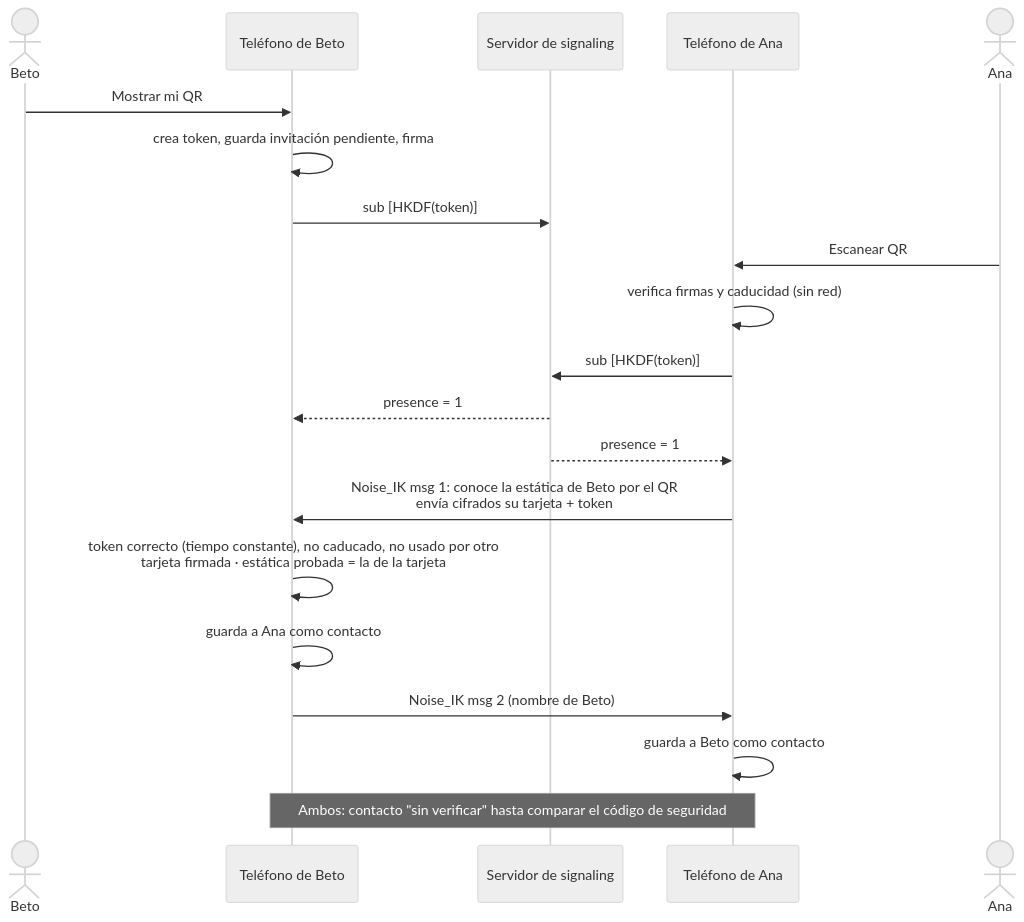
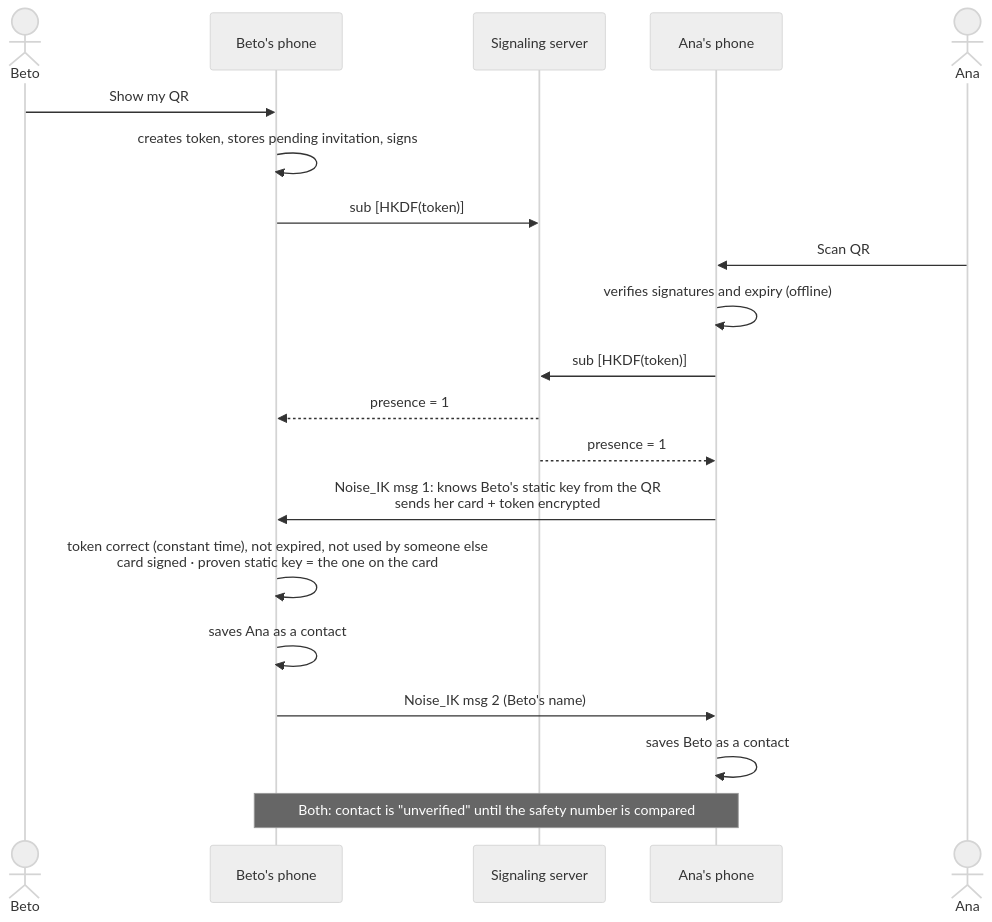
Before and after one commit to fsoftt/Murmur: the diagram in website/guide/pairing.md, drawn with Mermaid (neutral theme). The commit also changed other lines of this file and 51 other files, not shown here.

````diff
--- a/website/guide/pairing.md
+++ b/website/guide/pairing.md
@@ -21,22 +21,22 @@
 ```mermaid
 sequenceDiagram
     actor Beto
-    participant TB as Teléfono de Beto
-    participant S as Servidor de signaling
-    participant TA as Teléfono de Ana
+    participant TB as Beto's phone
+    participant S as Signaling server
+    participant TA as Ana's phone
     actor Ana
-    Beto->>TB: Mostrar mi QR
-    TB->>TB: crea token, guarda invitación pendiente, firma
+    Beto->>TB: Show my QR
+    TB->>TB: creates token, stores pending invitation, signs
     TB->>S: sub [HKDF(token)]
-    Ana->>TA: Escanear QR
-    TA->>TA: verifica firmas y caducidad (sin red)
+    Ana->>TA: Scan QR
+    TA->>TA: verifies signatures and expiry (offline)
     TA->>S: sub [HKDF(token)]
     S-->>TB: presence = 1
     S-->>TA: presence = 1
-    TA->>TB: Noise_IK msg 1: conoce la estática de Beto por el QR<br/>envía cifrados su tarjeta + token
-    TB->>TB: token correcto (tiempo constante), no caducado, no usado por otro<br/>tarjeta firmada · estática probada = la de la tarjeta
-    TB->>TB: guarda a Ana como contacto
-    TB->>TA: Noise_IK msg 2 (nombre de Beto)
-    TA->>TA: guarda a Beto como contacto
-    Note over TA,TB: Ambos: contacto "sin verificar" hasta comparar el código de seguridad
+    TA->>TB: Noise_IK msg 1: knows Beto's static key from the QR<br/>sends her card + token encrypted
+    TB->>TB: token correct (constant time), not expired, not used by someone else<br/>card signed · proven static key = the one on the card
+    TB->>TB: saves Ana as a contact
+    TB->>TA: Noise_IK msg 2 (Beto's name)
+    TA->>TA: saves Beto as a contact
+    Note over TA,TB: Both: contact is "unverified" until the safety number is compared
 ```
````
